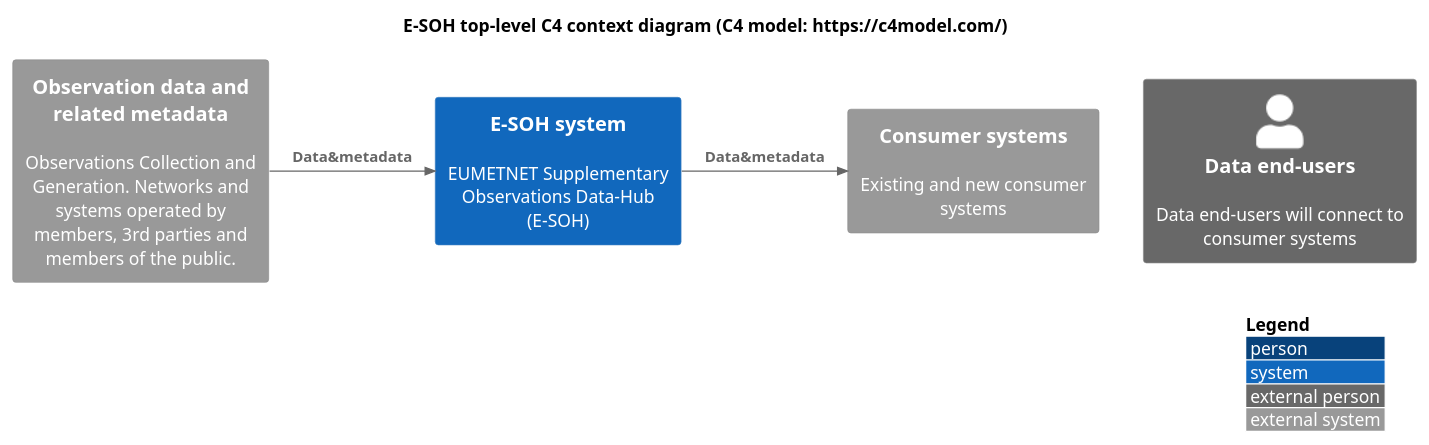
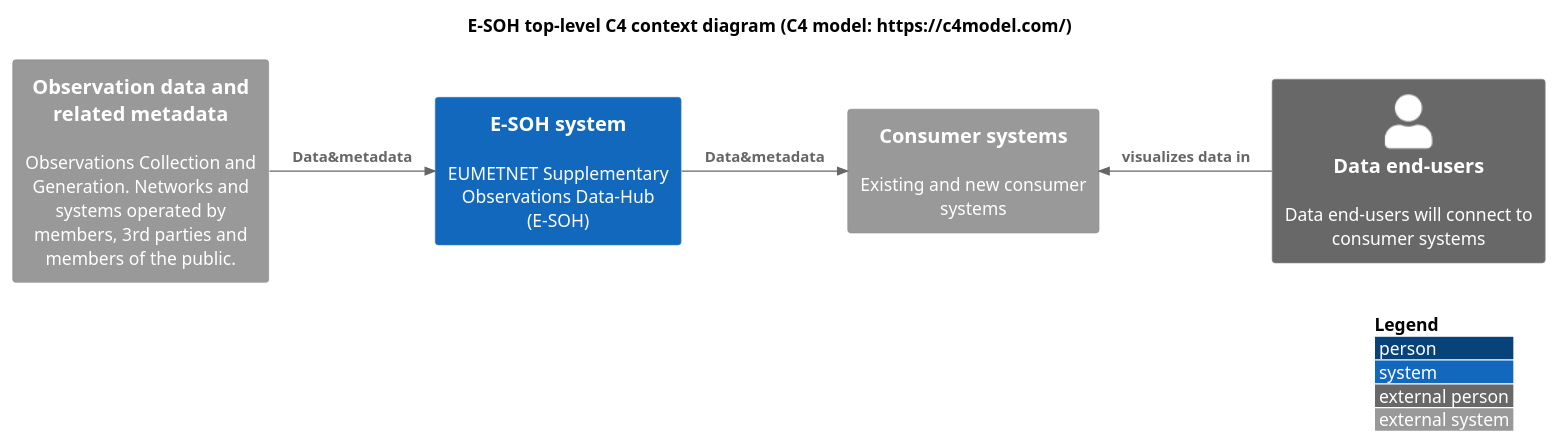
Before and after one commit to EURODEO/e-soh-c4: the diagram in 01-context-diagram-toplevel/E-SOH-C4-toplevel-context-diagram.puml, drawn with PlantUML. The commit also changed 1 other file, not shown here.

```diff
--- a/01-context-diagram-toplevel/E-SOH-C4-toplevel-context-diagram.puml
+++ b/01-context-diagram-toplevel/E-SOH-C4-toplevel-context-diagram.puml
@@ -1,29 +1,30 @@
 @startuml "E-SOH-C4-toplevel-context-diagram"
 
 !include <C4/C4_Context>
 
 '!include https://raw.githubusercontent.com/plantuml-stdlib/C4-PlantUML/master/C4_Context.puml
 ' or use local:
 '!include C4_Context.puml
 
 'LAYOUT_TOP_DOWN()
 'LAYOUT_AS_SKETCH()
 LAYOUT_WITH_LEGEND()
 
 title E-SOH top-level C4 context diagram (C4 model: https://c4model.com/)
 
 System_Ext(srcsys, "Observation data and related metadata", "Observations Collection and Generation. Networks and systems operated by members, 3rd parties and members of the public.")
 System(esoh, "E-SOH system", "EUMETNET Supplementary Observations Data-Hub (E-SOH)")
 
 Rel_R(srcsys, esoh, "Data&metadata")
 
 System_Ext(consys, "Consumer systems", "Existing and new consumer systems")
 Person_Ext(enduser, "Data end-users", "Data end-users will connect to consumer systems")
 
 Rel_R(esoh, consys, "Data&metadata")
+Rel_L(enduser, consys, "visualizes data in")
 
 'layout wishes:
 Lay_R(consys, enduser)
 
 
 @enduml
```
